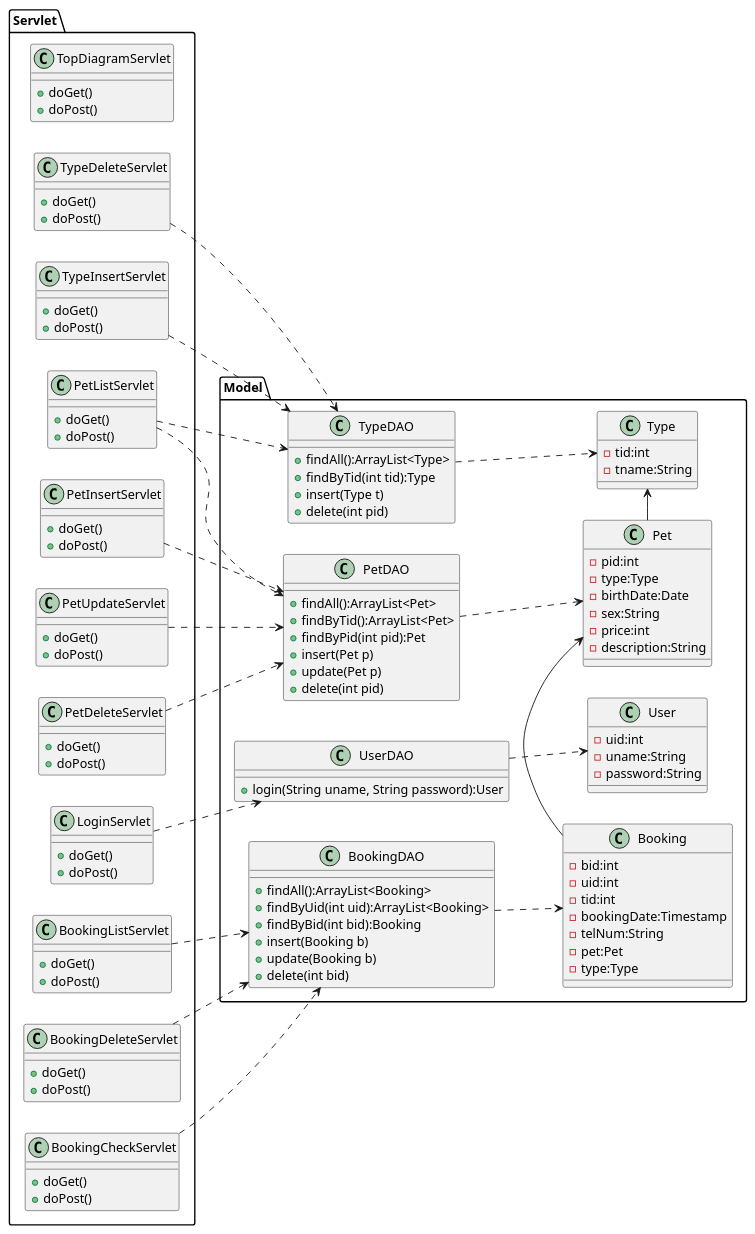
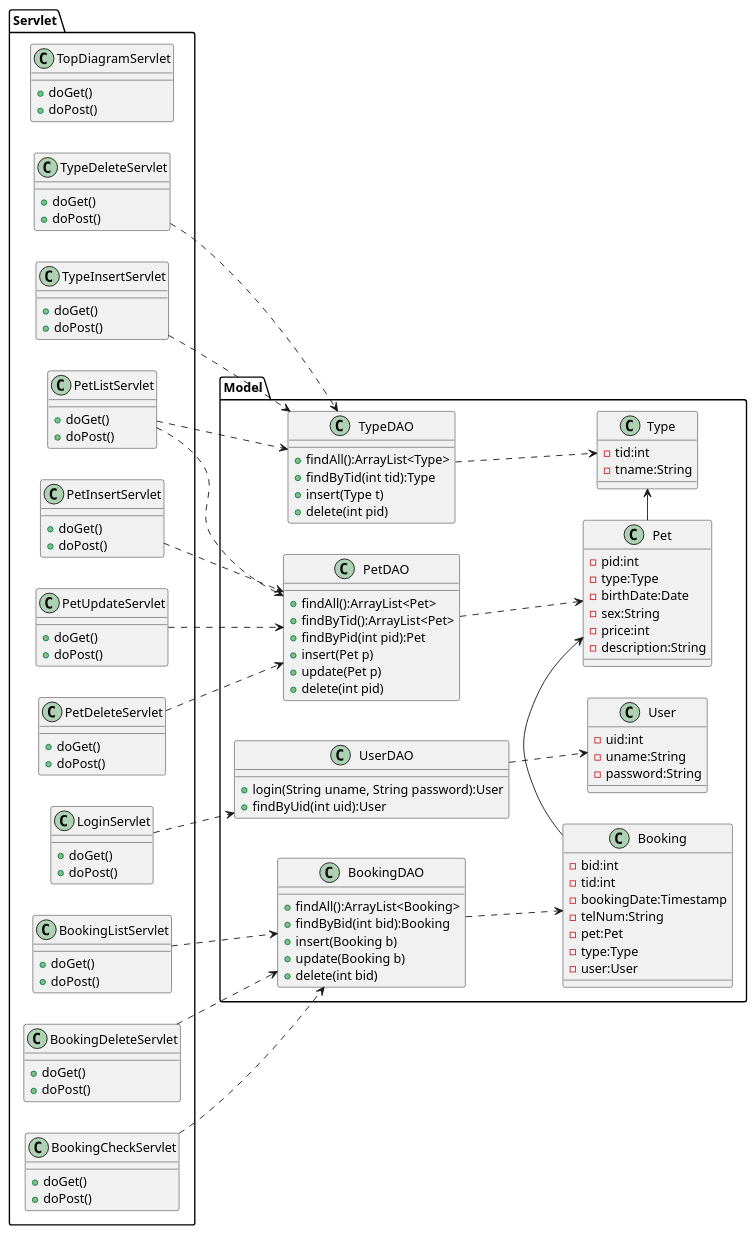
The diagram in detail.uml/class.pu (Tyamanaka07/WebSystem), drawn with PlantUML before and after one commit. The commit also changed 3 other files, not shown here.

```diff
--- a/detail.uml/class.pu
+++ b/detail.uml/class.pu
@@ -1,141 +1,141 @@
 @startuml
 left to right direction
 
 package Model{
 	class Pet{
 		-pid:int
 		-type:Type
 		-birthDate:Date
 		-sex:String
 		-price:int
 		-description:String
 	}
 
 	class Type{
 		-tid:int
 		-tname:String
 	}
 
 	class User{
 		-uid:int
 		-uname:String
 		-password:String
 	}
 
 	class Booking{
 		-bid:int
-		-uid:int
 		-tid:int
 		-bookingDate:Timestamp
 		-telNum:String
 		-pet:Pet
 		-type:Type
+		-user:User
 	}
 
 	class PetDAO{
 		+findAll():ArrayList<Pet>
 		+findByTid():ArrayList<Pet>
 		+findByPid(int pid):Pet
 		+insert(Pet p)
 		+update(Pet p)
 		+delete(int pid)
 	}
 
 	class TypeDAO{
 		+findAll():ArrayList<Type>
 		+findByTid(int tid):Type
 		+insert(Type t)
 		+delete(int pid)
 	}
 
 	class UserDAO{
 		+login(String uname, String password):User
+		+findByUid(int uid):User
 	}
 
 	class BookingDAO{
 		+findAll():ArrayList<Booking>
-		+findByUid(int uid):ArrayList<Booking>
 		+findByBid(int bid):Booking
 		+insert(Booking b)
 		+update(Booking b)
 		+delete(int bid)
 	}
 }
 
 package Servlet{
 	class TopDiagramServlet{
 		+doGet()
 		+doPost()
 	}
 
 	class PetListServlet{
 		+doGet()
 		+doPost()
 	}
 
 	class LoginServlet{
 		+doGet()
 		+doPost()
 	}
 
 	class PetInsertServlet{
 		+doGet()
 		+doPost()
 	}
 
 	class PetUpdateServlet{
 		+doGet()
 		+doPost()
 	}
 
 	class PetDeleteServlet{
 		+doGet()
 		+doPost()
 	}
 
 	class TypeInsertServlet{
 		+doGet()
 		+doPost()
 	}
 
 	class TypeDeleteServlet{
 		+doGet()
 		+doPost()
 	}
 
 	class BookingCheckServlet{
 		+doGet()
 		+doPost()
 	}
 
 	class BookingListServlet{
 		+doGet()
 		+doPost()
 	}
 
 	class BookingDeleteServlet{
 		+doGet()
 		+doPost()
 	}
 }
 
 
 PetListServlet..>TypeDAO
 TypeInsertServlet..>TypeDAO
 TypeDeleteServlet..>TypeDAO
 PetListServlet..>PetDAO
 PetInsertServlet..>PetDAO
 PetUpdateServlet..>PetDAO
 PetDeleteServlet..>PetDAO
 LoginServlet..>UserDAO
 BookingCheckServlet..>BookingDAO
 BookingListServlet..>BookingDAO
 BookingDeleteServlet..>BookingDAO
 
 BookingDAO..>Booking
 PetDAO..>Pet
 TypeDAO..>Type
 UserDAO..>User
 Booking->Pet
 Pet->Type
 @enduml
```
